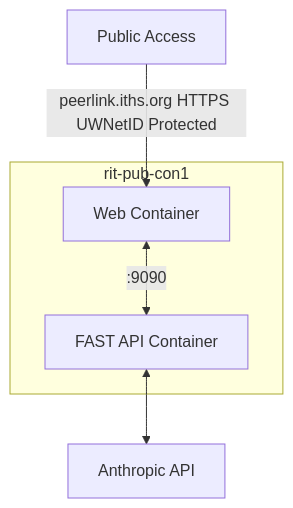
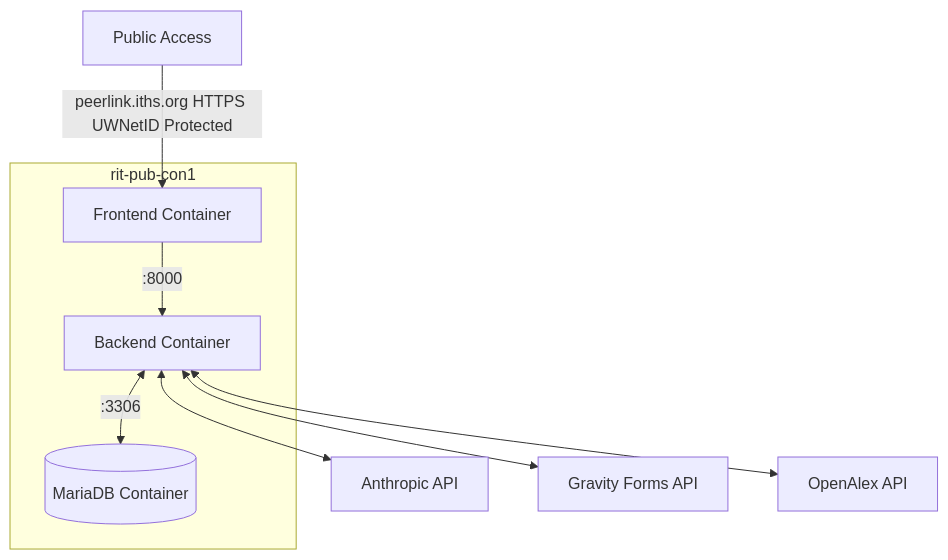
The diagram in README.md (uwrit/PeerLink), drawn with Mermaid before and after one commit.

````diff
--- a/README.md
+++ b/README.md
@@ -4,12 +4,17 @@
 ```mermaid
 flowchart TD;
 
-AA[Anthropic API]
-ZZ[Public Access] --> |peerlink.iths.org HTTPS UWNetID Protected| B
+AN[Anthropic API]
+GF[Gravity Forms API]
+OA[OpenAlex API]
+ZZ[Public Access] --> |peerlink.iths.org HTTPS UWNetID Protected| F
+
 subgraph rit-pub-con1;
-A[FAST API Container]
-B[Web Container]
-B <--> |:9090| A
+F[Frontend Container] --> |:8000| B[Backend Container]
+B <--> |:3306| D[(MariaDB Container)]
 end
-A <--> AA
+
+B <--> AN
+B <--> GF
+B <--> OA
 ```
````
